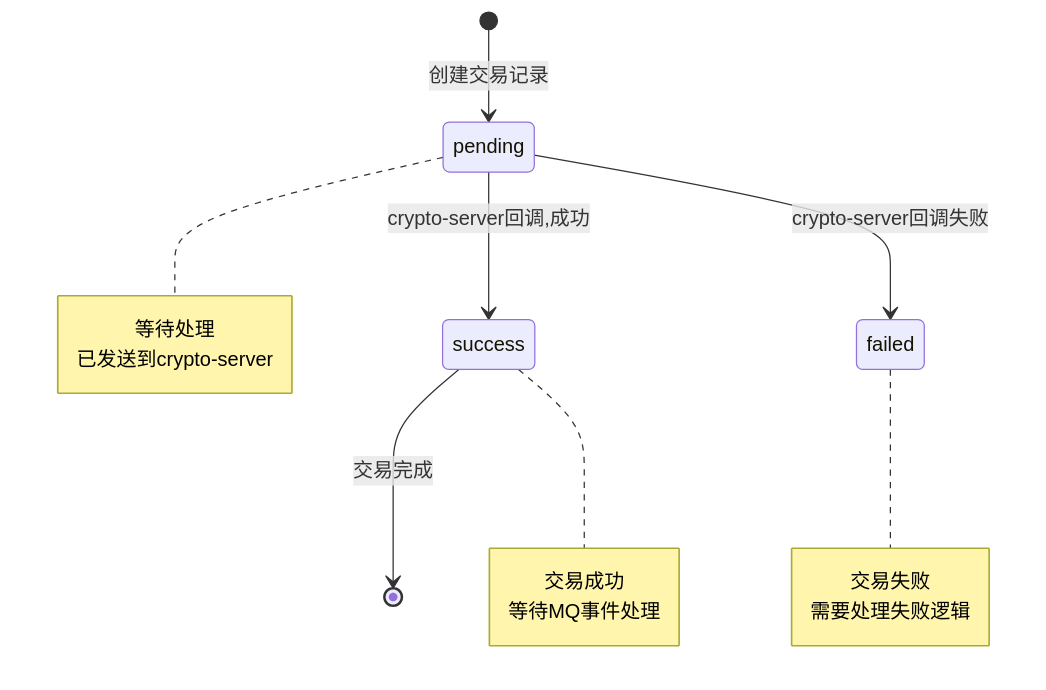
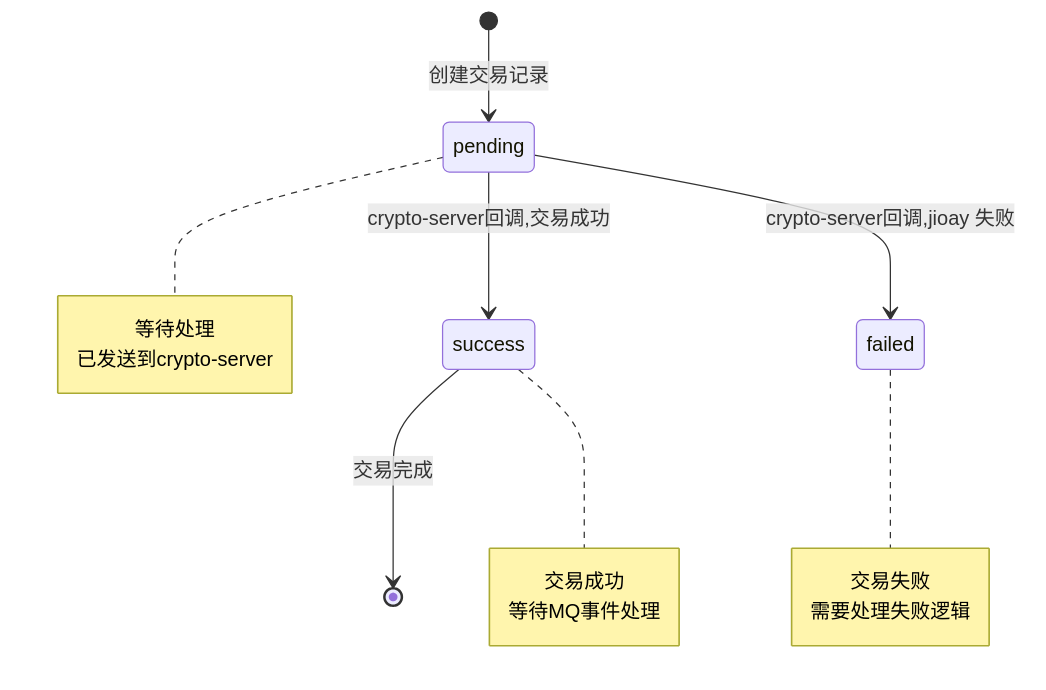
One commit to yingjianzh/iodraw-files changed the diagram in all/未命名-77.md. Above: the diagram before and after it, drawn with Mermaid.

Commit message:
2025-07-08 11:23:11 update

````diff
--- a/all/未命名-77.md
+++ b/all/未命名-77.md
@@ -1,25 +1,25 @@
 ```mermaid
 stateDiagram-v2
     [*] --> pending: 创建交易记录
-    pending --> success: crypto-server回调,成功
-    pending --> failed: crypto-server回调失败
+    pending --> success: crypto-server回调,交易成功
+    pending --> failed: crypto-server回调,jioay 失败
 
     success --> [*]: 交易完成
     
     note right of pending
         等待处理
         已发送到crypto-server
     end note
     
     note right of success
         交易成功
         等待MQ事件处理
     end note
     
     note right of failed
         交易失败
         需要处理失败逻辑
     end note
     
    
 ```
````
